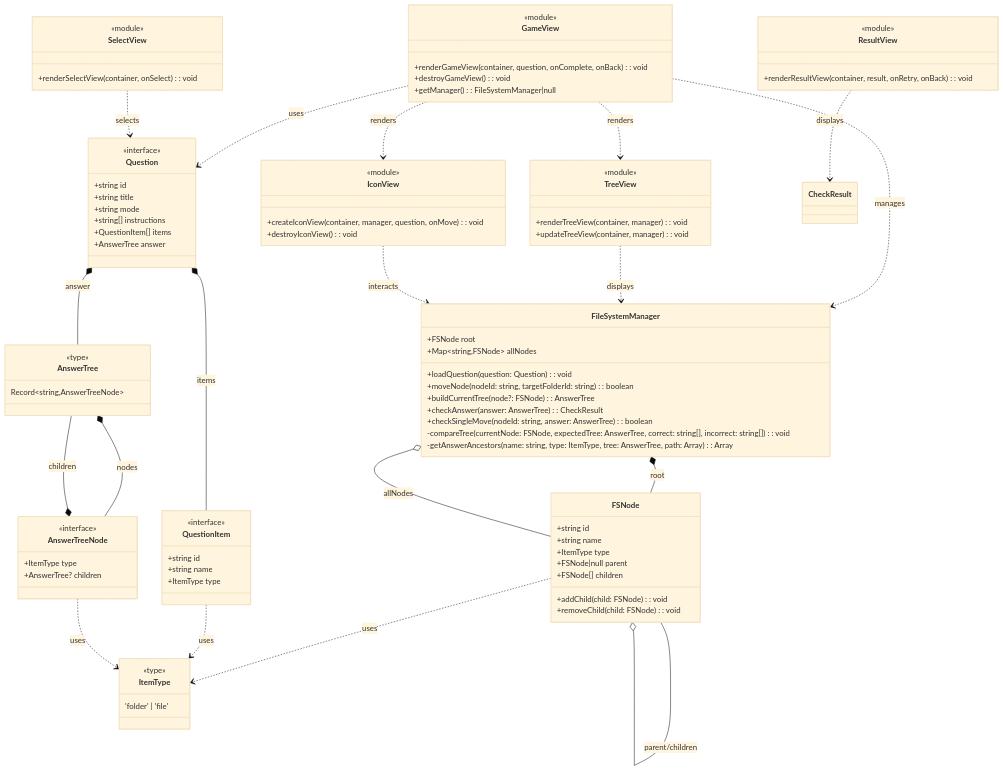
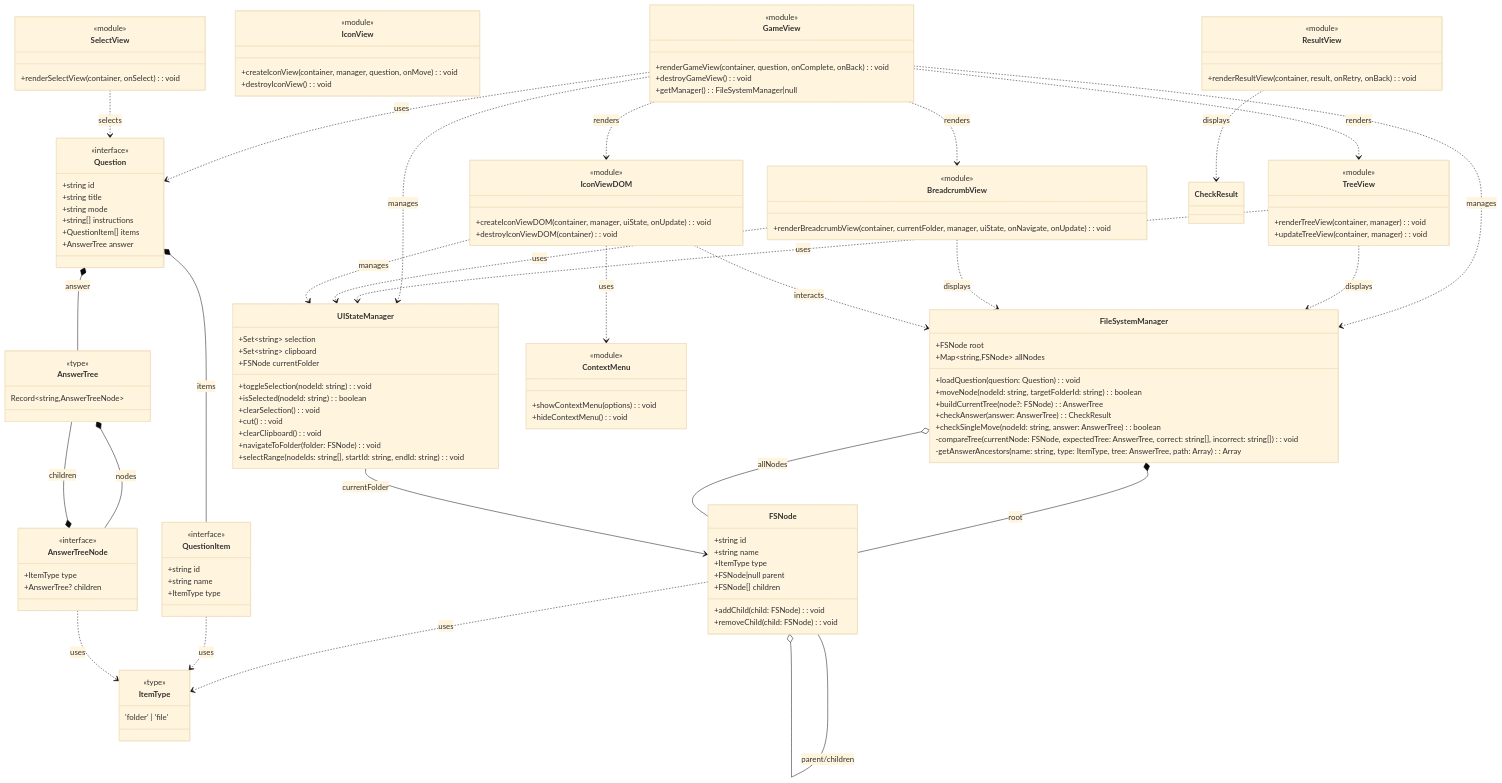
One commit to kanjiz/folder-structure-trainer changed the diagram in README.md. Above: the diagram before and after it, drawn with Mermaid (base theme). The commit also changed other lines of this file, not shown here.

````diff
--- a/README.md
+++ b/README.md
@@ -35,6 +35,19 @@
         +checkSingleMove(nodeId: string, answer: AnswerTree): boolean
         -compareTree(currentNode: FSNode, expectedTree: AnswerTree, correct: string[], incorrect: string[]): void
         -getAnswerAncestors(name: string, type: ItemType, tree: AnswerTree, path: Array): Array
+    }
+
+    class UIStateManager {
+        +Set~string~ selection
+        +Set~string~ clipboard
+        +FSNode currentFolder
+        +toggleSelection(nodeId: string): void
+        +isSelected(nodeId: string): boolean
+        +clearSelection(): void
+        +cut(): void
+        +clearClipboard(): void
+        +navigateToFolder(folder: FSNode): void
+        +selectRange(nodeIds: string[], startId: string, endId: string): void
     }
 
     class QuestionItem {
@@ -79,10 +92,27 @@
         +updateTreeView(container, manager): void
     }
 
+    class BreadcrumbView {
+        <<module>>
+        +renderBreadcrumbView(container, currentFolder, manager, uiState, onNavigate, onUpdate): void
+    }
+
     class IconView {
         <<module>>
         +createIconView(container, manager, question, onMove): void
         +destroyIconView(): void
+    }
+
+    class IconViewDOM {
+        <<module>>
+        +createIconViewDOM(container, manager, uiState, onUpdate): void
+        +destroyIconViewDOM(container): void
+    }
+
+    class ContextMenu {
+        <<module>>
+        +showContextMenu(options): void
+        +hideContextMenu(): void
     }
 
     class SelectView {
@@ -99,6 +129,7 @@
     FSNode --o FSNode : parent/children
     FileSystemManager *-- FSNode : root
     FileSystemManager o-- FSNode : allNodes
+    UIStateManager --> FSNode : currentFolder
     Question *-- QuestionItem : items
     Question *-- AnswerTree : answer
     AnswerTree *-- AnswerTreeNode : nodes
@@ -107,11 +138,18 @@
     QuestionItem ..> ItemType : uses
     AnswerTreeNode ..> ItemType : uses
     GameView ..> FileSystemManager : manages
+    GameView ..> UIStateManager : manages
     GameView ..> Question : uses
     GameView ..> TreeView : renders
-    GameView ..> IconView : renders
+    GameView ..> BreadcrumbView : renders
+    GameView ..> IconViewDOM : renders
     TreeView ..> FileSystemManager : displays
-    IconView ..> FileSystemManager : interacts
+    TreeView ..> UIStateManager : uses
+    BreadcrumbView ..> FileSystemManager : displays
+    BreadcrumbView ..> UIStateManager : uses
+    IconViewDOM ..> FileSystemManager : interacts
+    IconViewDOM ..> UIStateManager : manages
+    IconViewDOM ..> ContextMenu : uses
     SelectView ..> Question : selects
     ResultView ..> CheckResult : displays
 ```
````
